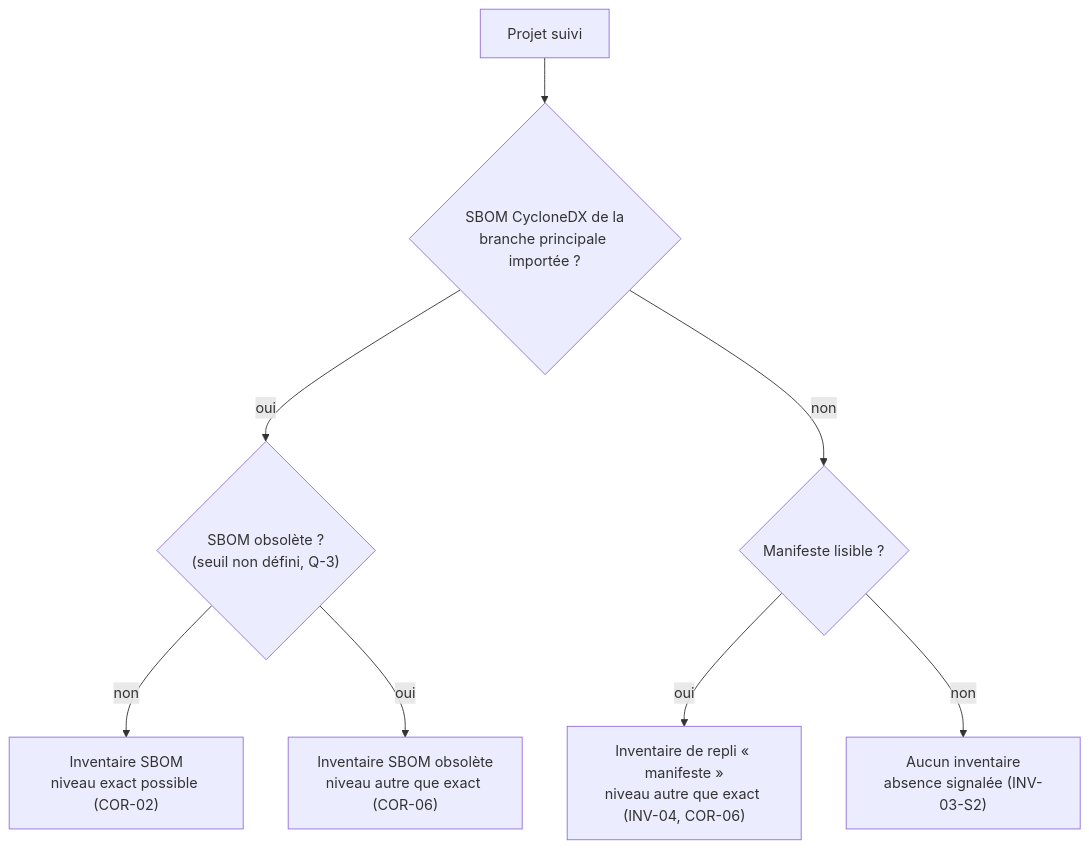
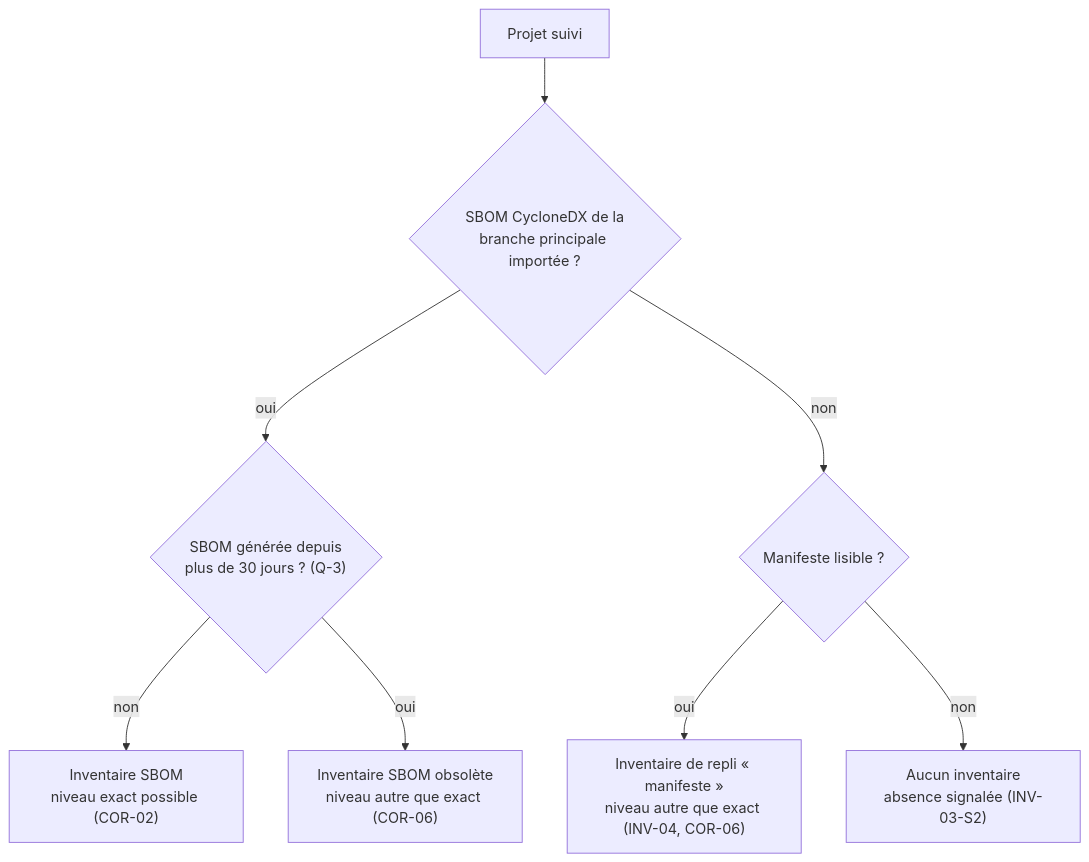
The second of 2 diagrams in docs/specifications/inventaire-sbom.md (FTurleque/argos-tech-platform), drawn with Mermaid before and after one commit. The commit also changed other lines of this file and 12 other files, not shown here.

````diff
--- a/docs/specifications/inventaire-sbom.md
+++ b/docs/specifications/inventaire-sbom.md
@@ -111,10 +111,10 @@
 ```mermaid
 flowchart TD
     P["Projet suivi"] --> S{"SBOM CycloneDX de la<br/>branche principale importée ?"}
-    S -- oui --> O{"SBOM obsolète ?<br/>(seuil non défini, Q-3)"}
+    S -- oui --> O{"SBOM générée depuis<br/>plus de 30 jours ? (Q-3)"}
     O -- non --> R1["Inventaire SBOM<br/>niveau exact possible (COR-02)"]
     O -- oui --> R2["Inventaire SBOM obsolète<br/>niveau autre que exact (COR-06)"]
     S -- non --> M{"Manifeste lisible ?"}
     M -- oui --> R3["Inventaire de repli « manifeste »<br/>niveau autre que exact (INV-04, COR-06)"]
     M -- non --> R4["Aucun inventaire<br/>absence signalée (INV-03-S2)"]
 ```
````
